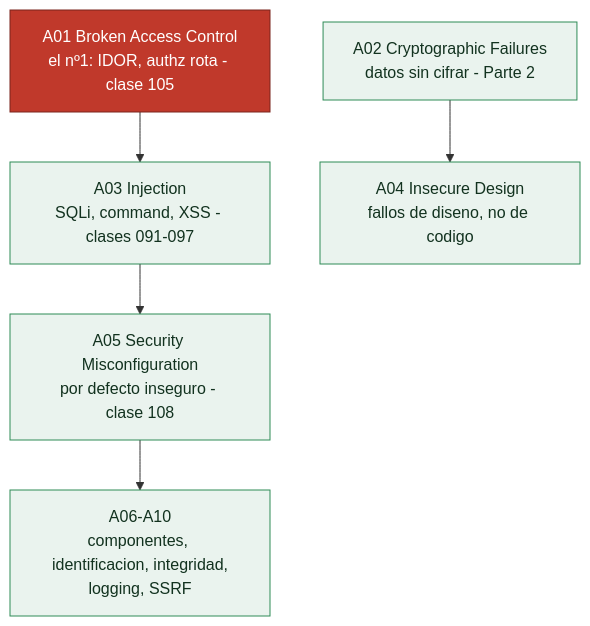
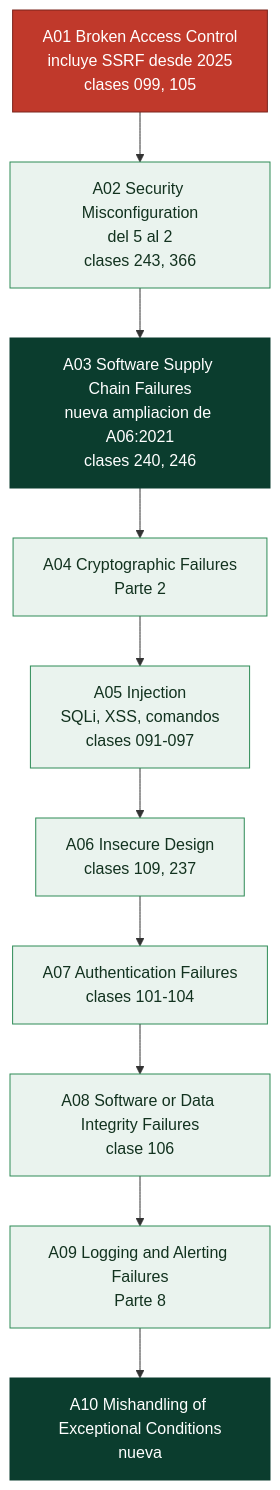
One commit to vladimiracunadev-create/modern-cybersecurity-program changed the diagram in classes/parte-4-seguridad-de-aplicaciones-web/087-owasp-top-10-panorama-general/README.md. Above: the diagram before and after it, drawn with Mermaid. The commit also changed other lines of this file and 322 other files, not shown here.

````diff
--- a/classes/parte-4-seguridad-de-aplicaciones-web/087-owasp-top-10-panorama-general/README.md
+++ b/classes/parte-4-seguridad-de-aplicaciones-web/087-owasp-top-10-panorama-general/README.md
@@ -52,15 +44,22 @@
 ```mermaid
 flowchart TD
-  A01["A01 Broken Access Control<br/>el nº1: IDOR, authz rota - clase 105"]
-  A02["A02 Cryptographic Failures<br/>datos sin cifrar - Parte 2"]
-  A03["A03 Injection<br/>SQLi, command, XSS - clases 091-097"]
-  A04["A04 Insecure Design<br/>fallos de diseno, no de codigo"]
-  A05["A05 Security Misconfiguration<br/>por defecto inseguro - clase 108"]
-  A06["A06-A10<br/>componentes, identificacion, integridad,<br/>logging, SSRF"]
-  A01 --> A03 --> A05 --> A06
-  A02 --> A04
+  A01["A01 Broken Access Control<br/>incluye SSRF desde 2025<br/>clases 099, 105"]
+  A02["A02 Security Misconfiguration<br/>del 5 al 2<br/>clases 243, 366"]
+  A03["A03 Software Supply Chain Failures<br/>nueva ampliacion de A06:2021<br/>clases 240, 246"]
+  A04["A04 Cryptographic Failures<br/>Parte 2"]
+  A05["A05 Injection<br/>SQLi, XSS, comandos<br/>clases 091-097"]
+  A06["A06 Insecure Design<br/>clases 109, 237"]
+  A07["A07 Authentication Failures<br/>clases 101-104"]
+  A08["A08 Software or Data Integrity Failures<br/>clase 106"]
+  A09["A09 Logging and Alerting Failures<br/>Parte 8"]
+  A10["A10 Mishandling of Exceptional Conditions<br/>nueva"]
+  A01 --> A02 --> A03 --> A04 --> A05
+  A06 --> A07 --> A08 --> A09 --> A10
+  A05 --> A06
   classDef top fill:#c0392b,stroke:#7b241c,color:#ffffff
+  classDef nuevo fill:#0b3d2e,stroke:#0b3d2e,color:#ffffff
   classDef n fill:#eaf3ee,stroke:#2e8b57,color:#12321f
   class A01 top
-  class A02,A03,A04,A05,A06 n
+  class A03,A10 nuevo
+  class A02,A04,A05,A06,A07,A08,A09 n
 ```
````
